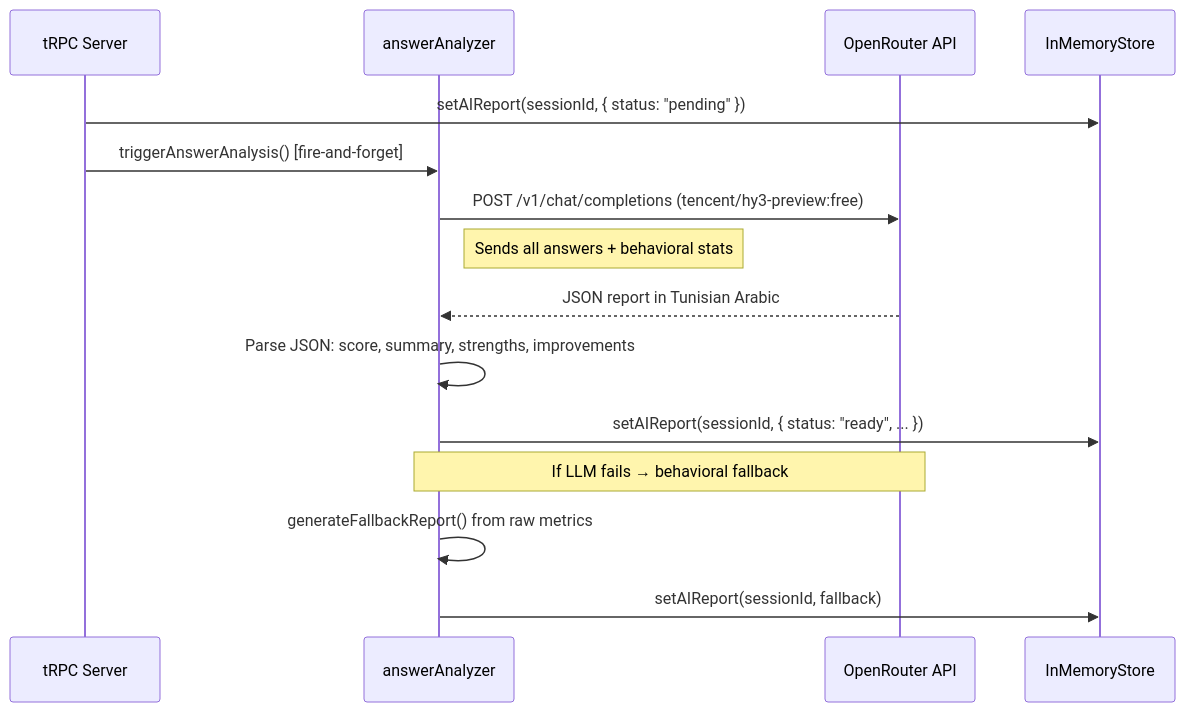
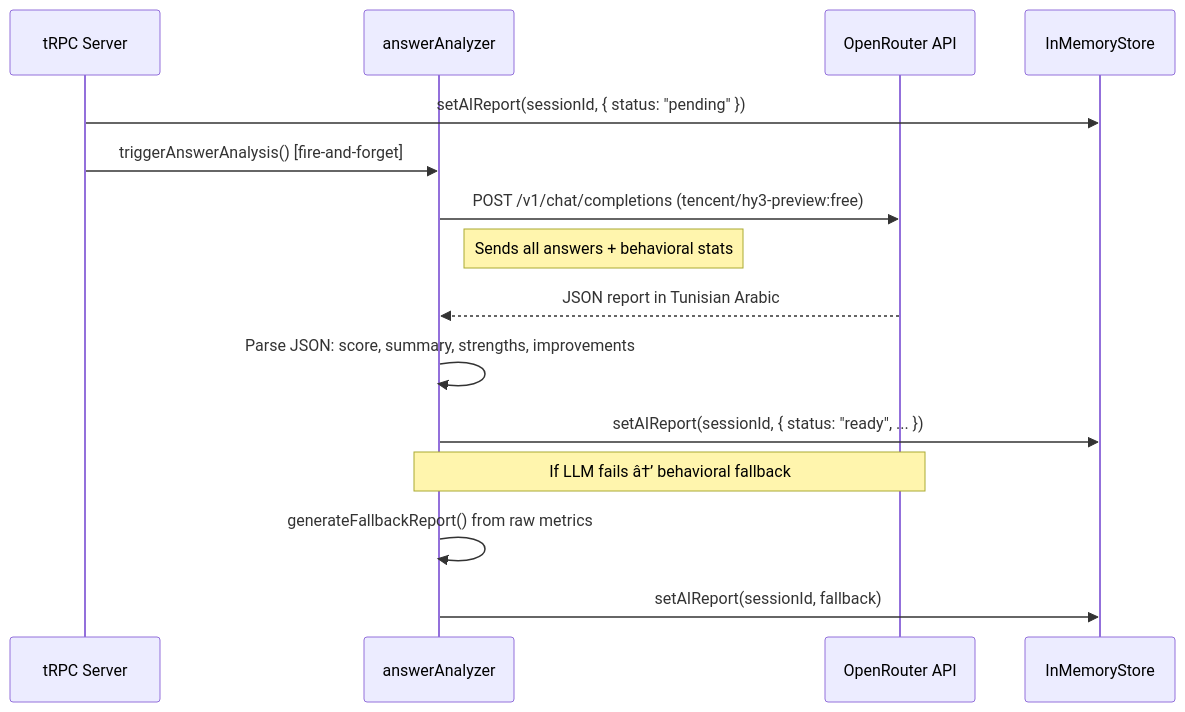
The seventh of 14 diagrams in README.md (arfaoui-yassine/Flayou3756), drawn with Mermaid before and after one commit. The commit also changed other lines of this file, not shown here.

````diff
--- a/README.md
+++ b/README.md
@@ -464,21 +467,21 @@
 ```mermaid
 sequenceDiagram
     participant S as tRPC Server
     participant A as answerAnalyzer
     participant OR as OpenRouter API
     participant Store as InMemoryStore
 
     S->>Store: setAIReport(sessionId, { status: "pending" })
     S->>A: triggerAnswerAnalysis() [fire-and-forget]
     
     A->>OR: POST /v1/chat/completions (tencent/hy3-preview:free)
     Note right of A: Sends all answers + behavioral stats
     OR-->>A: JSON report in Tunisian Arabic
     
     A->>A: Parse JSON: score, summary, strengths, improvements
     A->>Store: setAIReport(sessionId, { status: "ready", ... })
     
-    Note over A,OR: If LLM fails → behavioral fallback
+    Note over A,OR: If LLM fails â†’ behavioral fallback
     A->>A: generateFallbackReport() from raw metrics
     A->>Store: setAIReport(sessionId, fallback)
 ```
````
